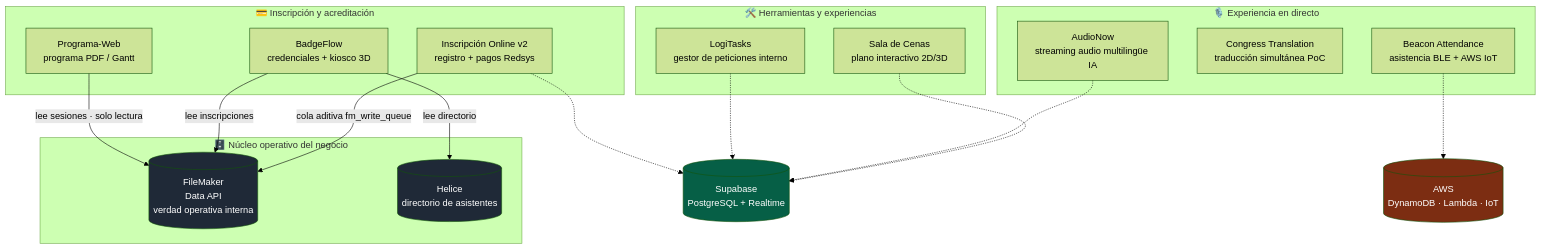
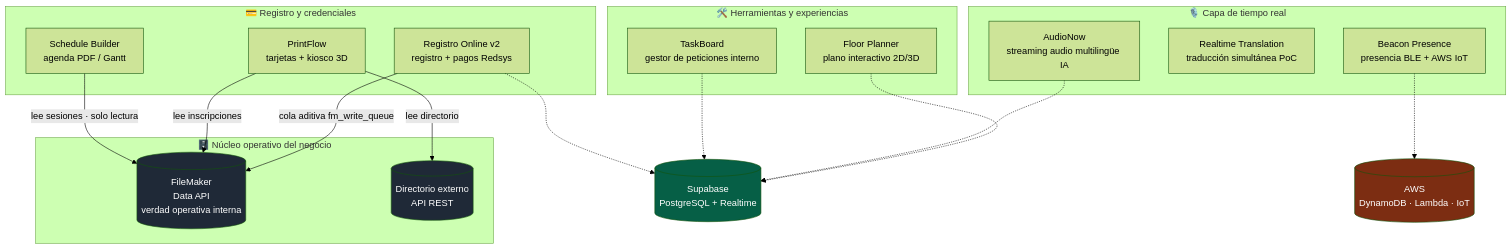
The diagram in README.es.md (aleglope/production-systems-case-studies), drawn with Mermaid (forest theme) before and after one commit. The commit also changed other lines of this file and 27 other files, not shown here.

````diff
--- a/README.es.md
+++ b/README.es.md
@@ -36,39 +36,39 @@
 ```mermaid
 flowchart TB
     subgraph CORE["🗄️ Núcleo operativo del negocio"]
         FM[("FileMaker<br/>Data API<br/>verdad operativa interna")]
-        HEL[("Helice<br/>directorio de asistentes")]
+        HEL[("Directorio externo<br/>API REST")]
     end
 
-    subgraph REG["💳 Inscripción y acreditación"]
-        IO["Inscripción Online v2<br/>registro + pagos Redsys"]
-        BF["BadgeFlow<br/>credenciales + kiosco 3D"]
-        PW["Programa-Web<br/>programa PDF / Gantt"]
+    subgraph REG["💳 Registro y credenciales"]
+        IO["Registro Online v2<br/>registro + pagos Redsys"]
+        BF["PrintFlow<br/>tarjetas + kiosco 3D"]
+        PW["Schedule Builder<br/>agenda PDF / Gantt"]
     end
 
-    subgraph LIVE["🎙️ Experiencia en directo"]
+    subgraph LIVE["🎙️ Capa de tiempo real"]
         AN["AudioNow<br/>streaming audio multilingüe IA"]
-        CT["Congress Translation<br/>traducción simultánea PoC"]
-        BA["Beacon Attendance<br/>asistencia BLE + AWS IoT"]
+        CT["Realtime Translation<br/>traducción simultánea PoC"]
+        BA["Beacon Presence<br/>presencia BLE + AWS IoT"]
     end
 
     subgraph INTERNAL["🛠️ Herramientas y experiencias"]
-        SC["Sala de Cenas<br/>plano interactivo 2D/3D"]
-        LT["LogiTasks<br/>gestor de peticiones interno"]
+        SC["Floor Planner<br/>plano interactivo 2D/3D"]
+        LT["TaskBoard<br/>gestor de peticiones interno"]
     end
 
     IO -- "cola aditiva fm_write_queue" --> FM
     BF -- "lee inscripciones" --> FM
     BF -- "lee directorio" --> HEL
     PW -- "lee sesiones · solo lectura" --> FM
     SC -.-> SUPA[("Supabase<br/>PostgreSQL + Realtime")]
     AN -.-> SUPA
     LT -.-> SUPA
     IO -.-> SUPA
     BA -.-> AWS[("AWS<br/>DynamoDB · Lambda · IoT")]
 
     style FM fill:#1f2937,color:#fff
     style HEL fill:#1f2937,color:#fff
     style SUPA fill:#065f46,color:#fff
     style AWS fill:#7c2d12,color:#fff
 ```
````
